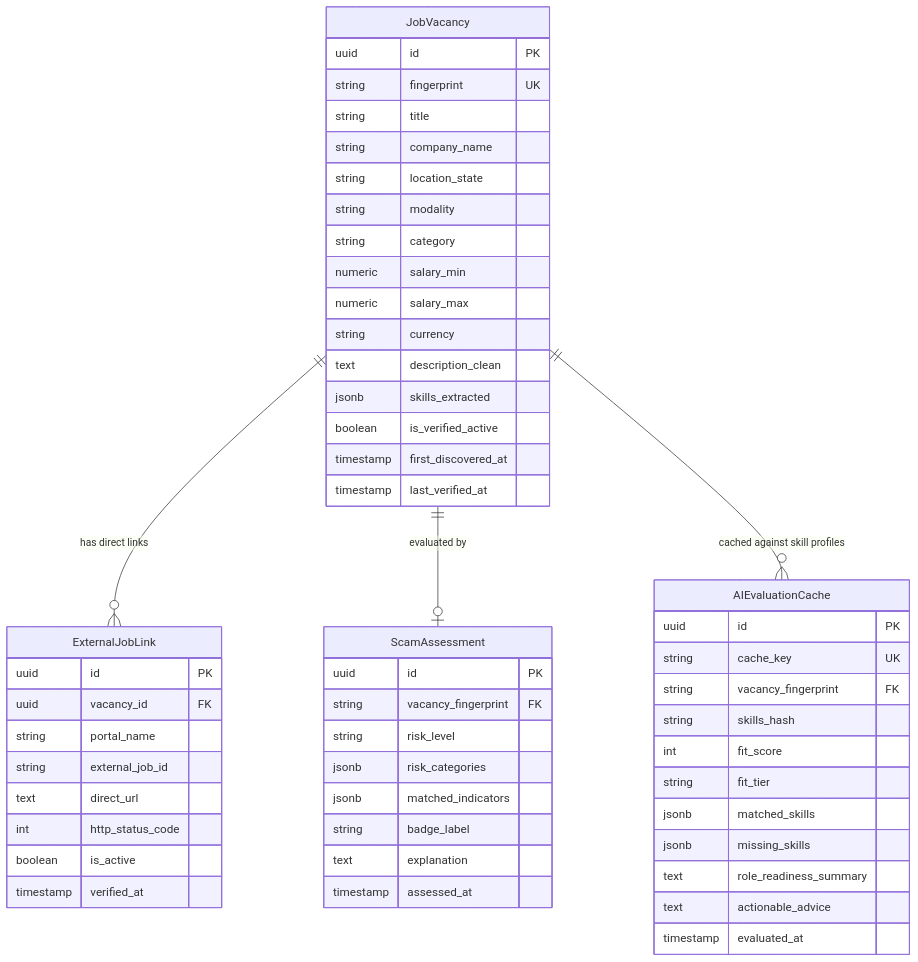
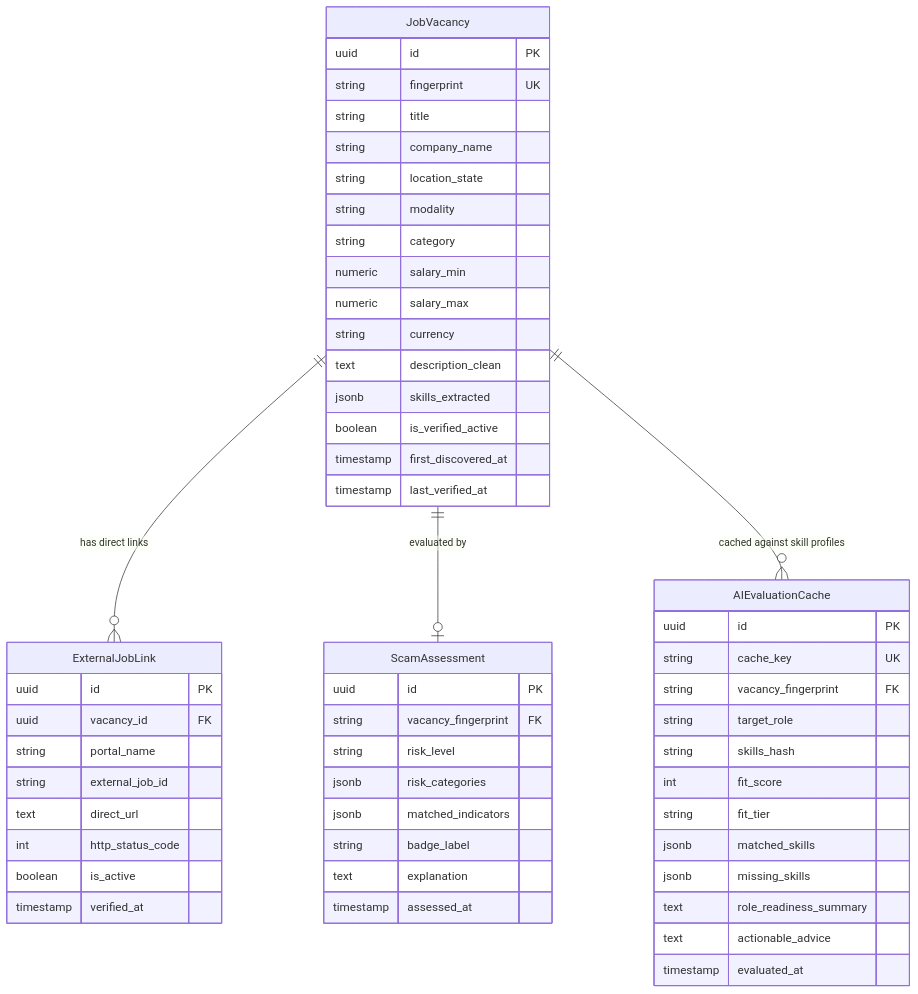
One commit to vinzruix/MishooJobs changed the diagram in specs/001-realtime-job-discovery/data-model.md. Above: the diagram before and after it, drawn with Mermaid. The commit also changed other lines of this file and 4 other files, not shown here.

````diff
--- a/specs/001-realtime-job-discovery/data-model.md
+++ b/specs/001-realtime-job-discovery/data-model.md
@@ -187,60 +188,61 @@
 ```mermaid
 erDiagram
     JobVacancy ||--o{ ExternalJobLink : "has direct links"
     JobVacancy ||--o| ScamAssessment : "evaluated by"
     JobVacancy ||--o{ AIEvaluationCache : "cached against skill profiles"
 
     JobVacancy {
         uuid id PK
         string fingerprint UK
         string title
         string company_name
         string location_state
         string modality
         string category
         numeric salary_min
         numeric salary_max
         string currency
         text description_clean
         jsonb skills_extracted
         boolean is_verified_active
         timestamp first_discovered_at
         timestamp last_verified_at
     }
 
     ExternalJobLink {
         uuid id PK
         uuid vacancy_id FK
         string portal_name
         string external_job_id
         text direct_url
         int http_status_code
         boolean is_active
         timestamp verified_at
     }
 
     ScamAssessment {
         uuid id PK
         string vacancy_fingerprint FK
         string risk_level
         jsonb risk_categories
         jsonb matched_indicators
         string badge_label
         text explanation
         timestamp assessed_at
     }
 
     AIEvaluationCache {
         uuid id PK
         string cache_key UK
         string vacancy_fingerprint FK
+        string target_role
         string skills_hash
         int fit_score
         string fit_tier
         jsonb matched_skills
         jsonb missing_skills
         text role_readiness_summary
         text actionable_advice
         timestamp evaluated_at
     }
 ```
````
